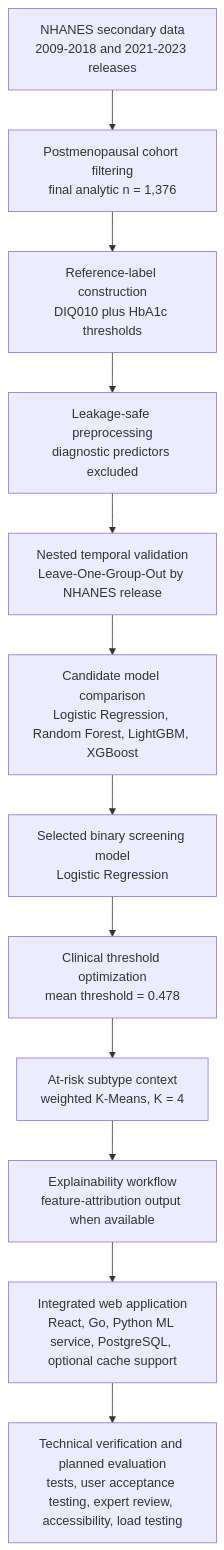
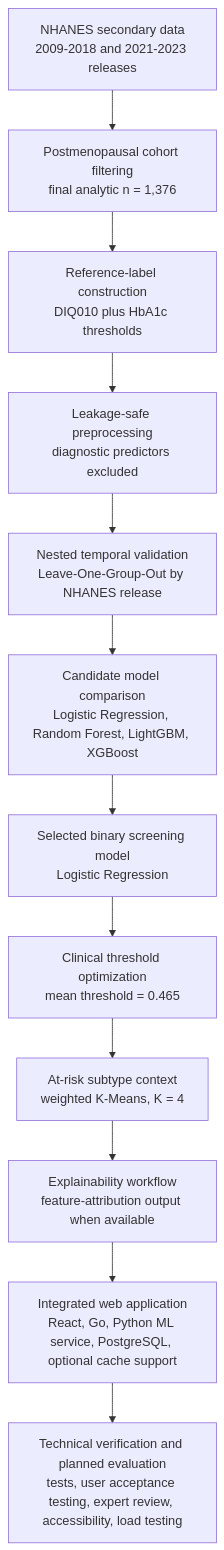
Before and after one commit to Skufu/DianaV2: the first of 5 diagrams in docs/07-research/thesis-drafts/ch3+4-final-academic-draft.md, drawn with Mermaid. The commit also changed other lines of this file and 46 other files, not shown here.

````diff
--- a/docs/07-research/thesis-drafts/ch3+4-final-academic-draft.md
+++ b/docs/07-research/thesis-drafts/ch3+4-final-academic-draft.md
@@ -13,14 +13,14 @@
 ```mermaid
 flowchart TB
     A["NHANES secondary data<br/>2009-2018 and 2021-2023 releases"] --> B["Postmenopausal cohort filtering<br/>final analytic n = 1,376"]
     B --> C["Reference-label construction<br/>DIQ010 plus HbA1c thresholds"]
     C --> D["Leakage-safe preprocessing<br/>diagnostic predictors excluded"]
     D --> E["Nested temporal validation<br/>Leave-One-Group-Out by NHANES release"]
     E --> F["Candidate model comparison<br/>Logistic Regression, Random Forest, LightGBM, XGBoost"]
     F --> G["Selected binary screening model<br/>Logistic Regression"]
-    G --> H["Clinical threshold optimization<br/>mean threshold = 0.478"]
+    G --> H["Clinical threshold optimization<br/>mean threshold = 0.465"]
     H --> I["At-risk subtype context<br/>weighted K-Means, K = 4"]
     I --> J["Explainability workflow<br/>feature-attribution output when available"]
     J --> K["Integrated web application<br/>React, Go, Python ML service, PostgreSQL, optional cache support"]
     K --> L["Technical verification and planned evaluation<br/>tests, user acceptance testing, expert review, accessibility, load testing"]
 ```
````
